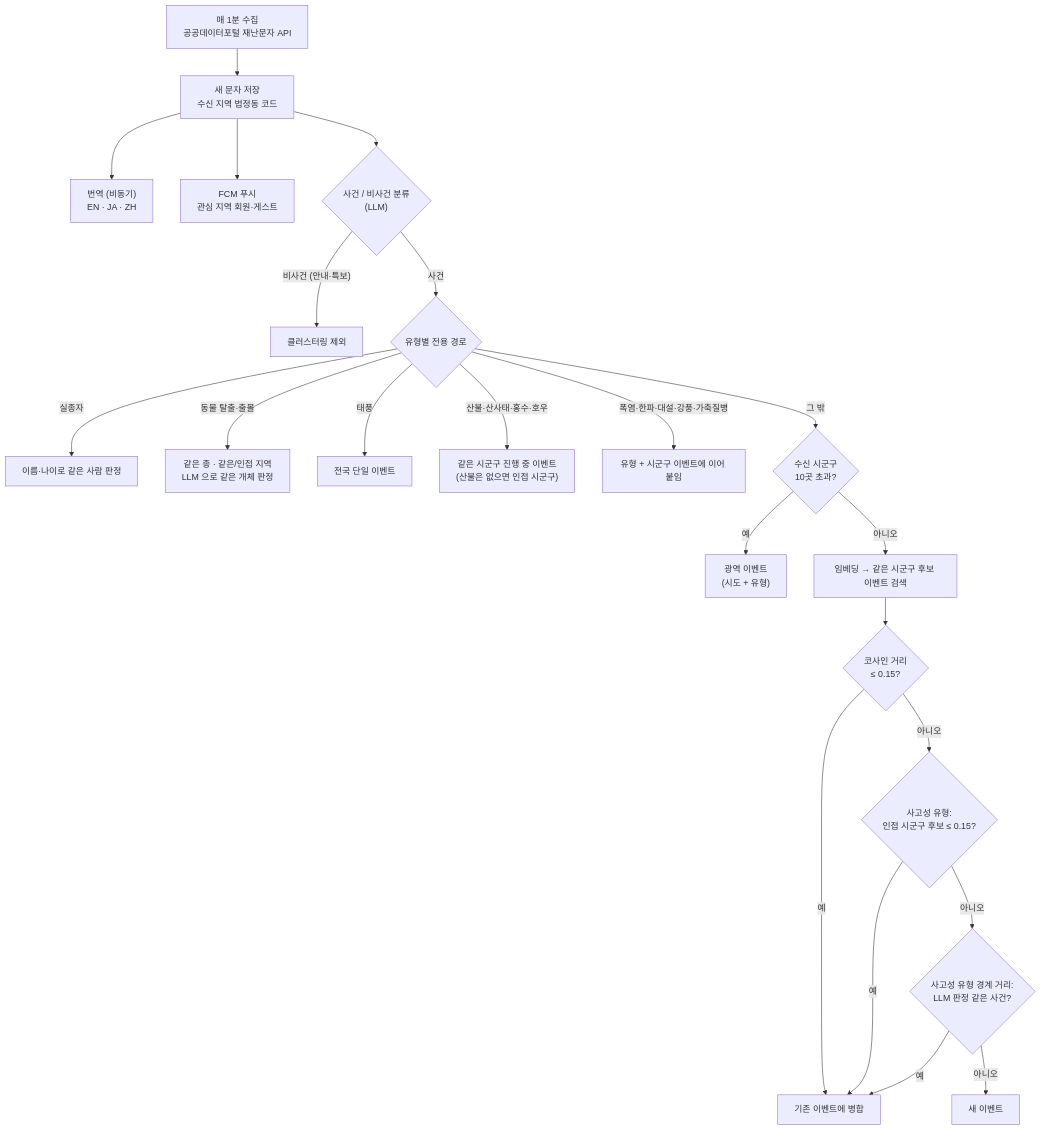
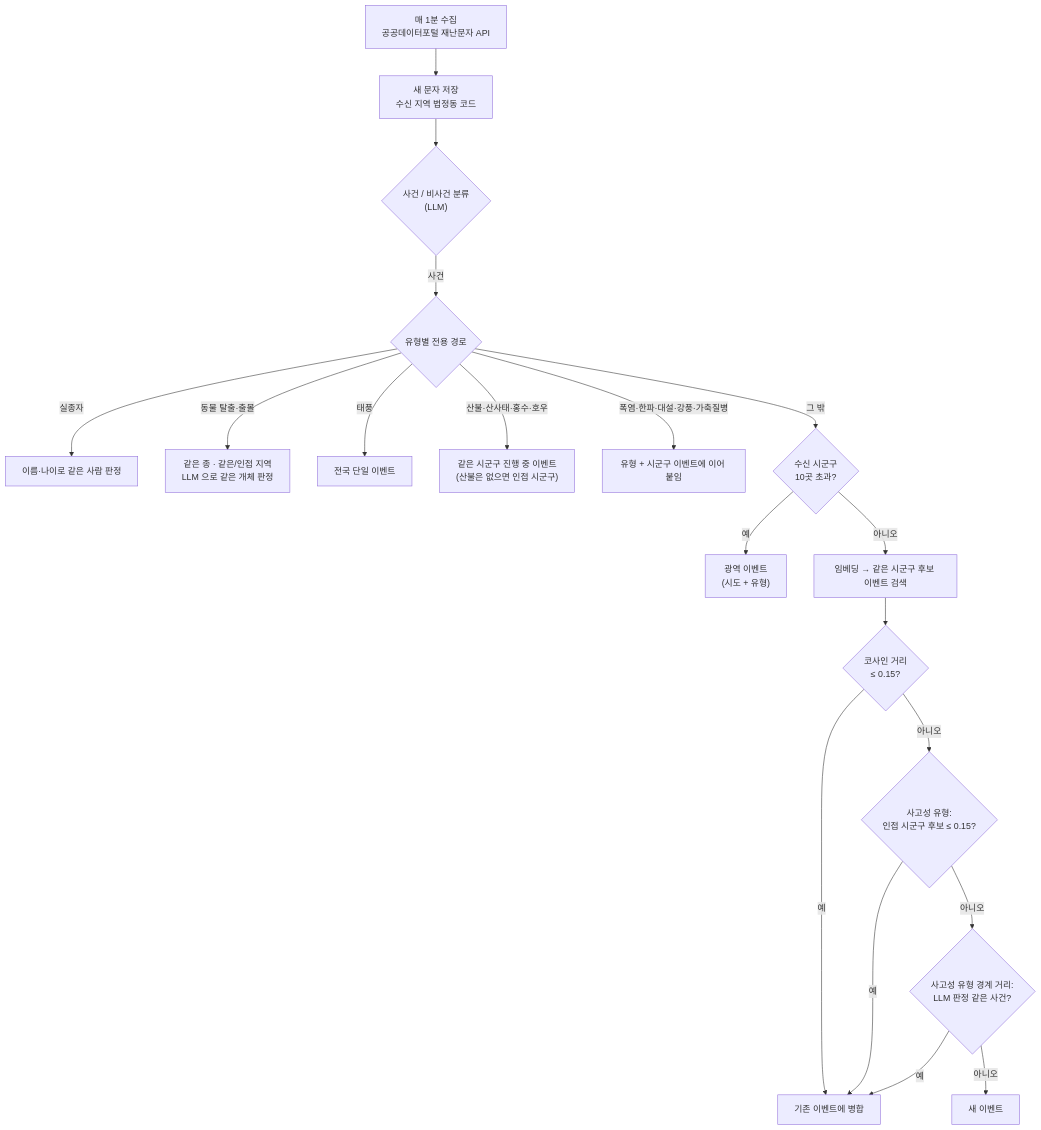
Before and after one commit to lshlsh3690/disaster-alert-archive: the first of 2 diagrams in README.md, drawn with Mermaid.

Commit message:
docs: README 수집·클러스터링 그림에서 번역·FCM·클러스터링 제외 갈래를 뺀다
클러스터링 흐름만 보이도록 저장 뒤 번역·FCM 푸시 갈래와 비사건 → 클러스터링 제외 갈래를 지웠다.

````diff
--- a/README.md
+++ b/README.md
@@ -47,26 +47,23 @@
 ```mermaid
 flowchart TD
     A["매 1분 수집<br/>공공데이터포털 재난문자 API"] --> B["새 문자 저장<br/>수신 지역 법정동 코드"]
-    B --> T["번역 (비동기)<br/>EN · JA · ZH"]
-    B --> F["FCM 푸시<br/>관심 지역 회원·게스트"]
     B --> K{"사건 / 비사건 분류<br/>(LLM)"}
-    K -- "비사건 (안내·특보)" --> X["클러스터링 제외"]
     K -- "사건" --> P{"유형별 전용 경로"}
 
     P -- "실종자" --> P1["이름·나이로 같은 사람 판정"]
     P -- "동물 탈출·출몰" --> P2["같은 종 · 같은/인접 지역<br/>LLM 으로 같은 개체 판정"]
     P -- "태풍" --> P3["전국 단일 이벤트"]
     P -- "산불·산사태·홍수·호우" --> P4["같은 시군구 진행 중 이벤트<br/>(산불은 없으면 인접 시군구)"]
     P -- "폭염·한파·대설·강풍·가축질병" --> P5["유형 + 시군구 이벤트에 이어 붙임"]
     P -- "그 밖" --> S{"수신 시군구<br/>10곳 초과?"}
 
     S -- "예" --> BR["광역 이벤트<br/>(시도 + 유형)"]
     S -- "아니오" --> E["임베딩 → 같은 시군구 후보 이벤트 검색"]
     E --> E1{"코사인 거리<br/>≤ 0.15?"}
     E1 -- "예" --> M["기존 이벤트에 병합"]
     E1 -- "아니오" --> E2{"사고성 유형:<br/>인접 시군구 후보 ≤ 0.15?"}
     E2 -- "예" --> M
     E2 -- "아니오" --> E3{"사고성 유형 경계 거리:<br/>LLM 판정 같은 사건?"}
     E3 -- "예" --> M
     E3 -- "아니오" --> N["새 이벤트"]
 ```
````
